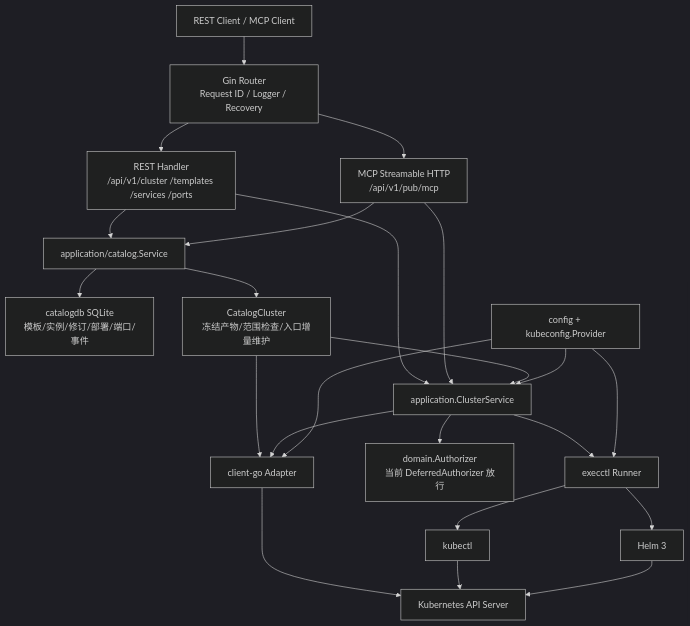
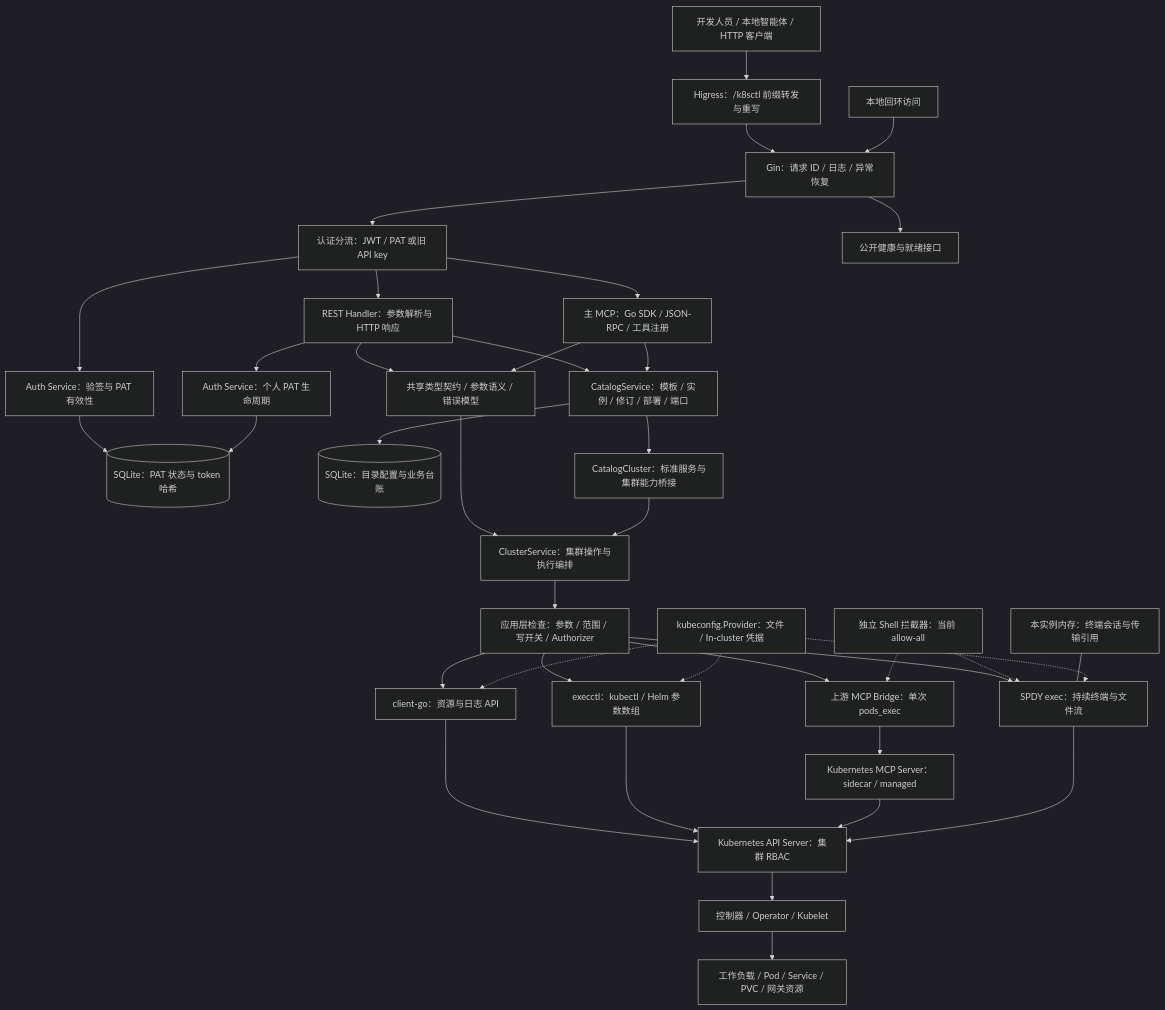
One commit to Vincentenxy/olixops-k8s-ctl changed the first of 6 diagrams in README.md. Above: the diagram before and after it, drawn with Mermaid (dark theme). The commit also changed other lines of this file and 125 other files, not shown here.

Commit message:
feat: add authenticated HTTP and MCP operator interfaces

````diff
--- a/README.md
+++ b/README.md
@@ -31,27 +104,43 @@
 ```mermaid
-flowchart TD
-    Client[REST Client / MCP Client] --> Router[Gin Router\nRequest ID / Logger / Recovery]
-    Router --> REST[REST Handler\n/api/v1/cluster /templates /services /ports]
-    Router --> MCP[MCP Streamable HTTP\n/api/v1/pub/mcp]
-    REST --> App[application.ClusterService]
-    MCP --> App
-    REST --> Catalog[application/catalog.Service]
+flowchart TB
+    User["开发人员 / 本地智能体 / HTTP 客户端"]
+    Gateway["Higress：/k8sctl 前缀转发与重写"]
+    Gin["Gin：请求 ID / 日志 / 异常恢复"]
+    Auth["认证分流：JWT / PAT 或旧 API key"]
+    User --> Gateway --> Gin
+    Local["本地回环访问"] --> Gin
+    Gin --> Public["公开健康与就绪接口"]
+    Gin --> Auth
+    Auth --> REST["REST Handler：参数解析与 HTTP 响应"]
+    Auth --> MCP["主 MCP：Go SDK / JSON-RPC / 工具注册"]
+    Auth --> Verify["Auth Service：验签与 PAT 有效性"]
+    Verify --> AuthDB[("SQLite：PAT 状态与 token 哈希")]
+    REST --> Contract["共享类型契约 / 参数语义 / 错误模型"]
+    MCP --> Contract
+    Contract --> Cluster["ClusterService：集群操作与执行编排"]
+    REST --> Catalog["CatalogService：模板 / 实例 / 修订 / 部署 / 端口"]
     MCP --> Catalog
-    Catalog --> SQLite[catalogdb SQLite
-模板/实例/修订/部署/端口/事件]
-    Catalog --> Bridge[CatalogCluster
-冻结产物/范围检查/入口增量维护]
-    Bridge --> App
-    Bridge --> K8s
-    App --> Policy[domain.Authorizer\n当前 DeferredAuthorizer 放行]
-    App --> K8s[client-go Adapter]
-    App --> CLI[execctl Runner]
-    K8s --> APIServer[Kubernetes API Server]
-    CLI --> Kubectl[kubectl]
-    CLI --> Helm[Helm 3]
-    Kubectl --> APIServer
-    Helm --> APIServer
-    Config[config + kubeconfig.Provider] --> App
-    Config --> K8s
-    Config --> CLI
+    REST --> PAT["Auth Service：个人 PAT 生命周期"]
+    PAT --> AuthDB
+    Catalog --> DB[("SQLite：目录配置与业务台账")]
+    Catalog --> Bridge["CatalogCluster：标准服务与集群能力桥接"]
+    Bridge --> Cluster
+    Cluster --> Rules["应用层检查：参数 / 范围 / 写开关 / Authorizer"]
+    Rules --> Client["client-go：资源与日志 API"]
+    Rules --> CLI["execctl：kubectl / Helm 参数数组"]
+    Rules --> Exec["上游 MCP Bridge：单次 pods_exec"]
+    Rules --> Stream["SPDY exec：持续终端与文件流"]
+    Policy["独立 Shell 拦截器：当前 allow-all"] -.-> Exec
+    Policy -.-> Stream
+    Memory["本实例内存：终端会话与传输引用"] --- Stream
+    Provider["kubeconfig.Provider：文件 / In-cluster 凭据"] -.-> Client
+    Provider -.-> CLI
+    Provider -.-> Stream
+    Exec --> Upstream["Kubernetes MCP Server：sidecar / managed"]
+    Client --> API["Kubernetes API Server：集群 RBAC"]
+    CLI --> API
+    Upstream --> API
+    Stream --> API
+    API --> Runtime["控制器 / Operator / Kubelet"]
+    Runtime --> Resources["工作负载 / Pod / Service / PVC / 网关资源"]
 ```
````
